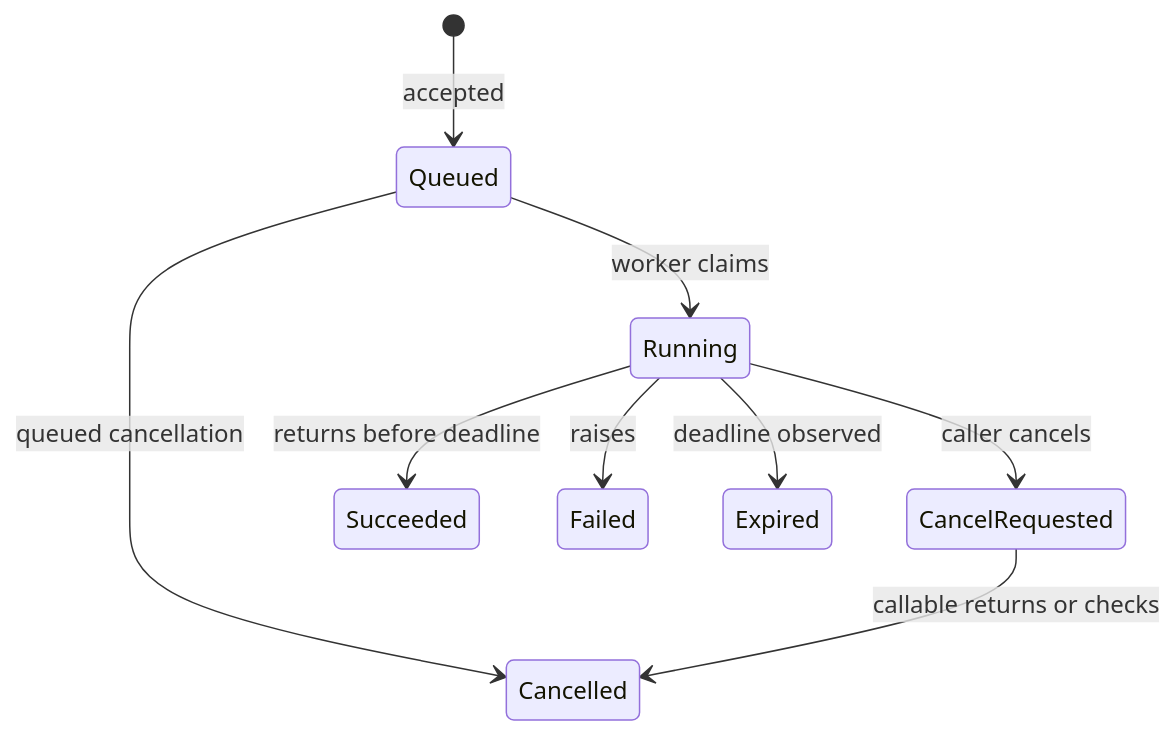
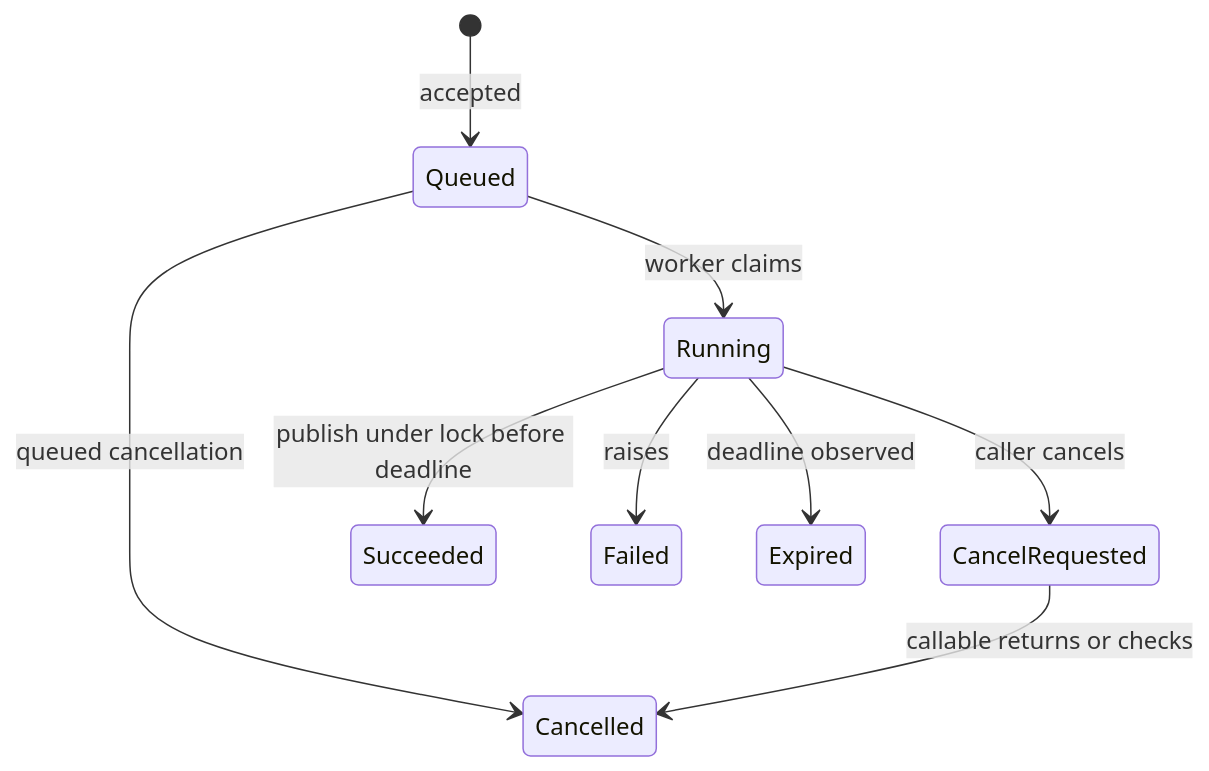
The third of 3 diagrams in curriculum/02-applications/01-backend/labs/bounded-executor/README.md (Soulful-Iris/junior-to-staff), drawn with Mermaid before and after one commit. The commit also changed other lines of this file and 2 other files, not shown here.

````diff
--- a/curriculum/02-applications/01-backend/labs/bounded-executor/README.md
+++ b/curriculum/02-applications/01-backend/labs/bounded-executor/README.md
@@ -89,11 +94,11 @@
 ```mermaid
 stateDiagram-v2
   [*] --> Queued: accepted
   Queued --> Running: worker claims
   Queued --> Cancelled: queued cancellation
   Running --> CancelRequested: caller cancels
   CancelRequested --> Cancelled: callable returns or checks
-  Running --> Succeeded: returns before deadline
+  Running --> Succeeded: publish under lock before deadline
   Running --> Failed: raises
   Running --> Expired: deadline observed
 ```
````
